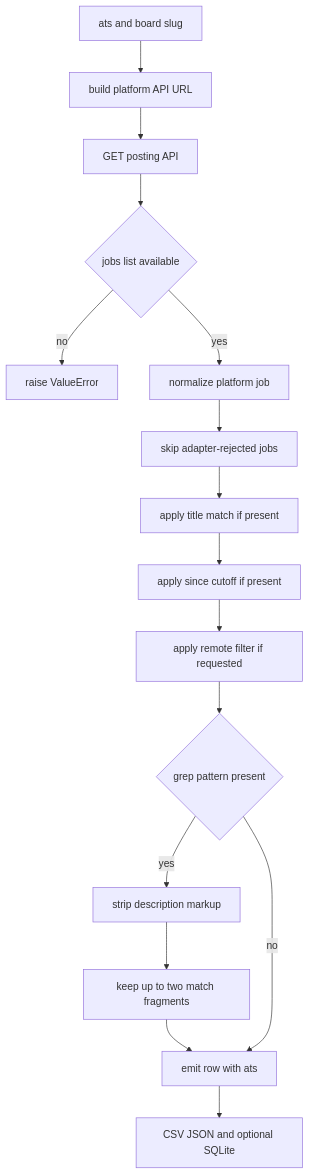
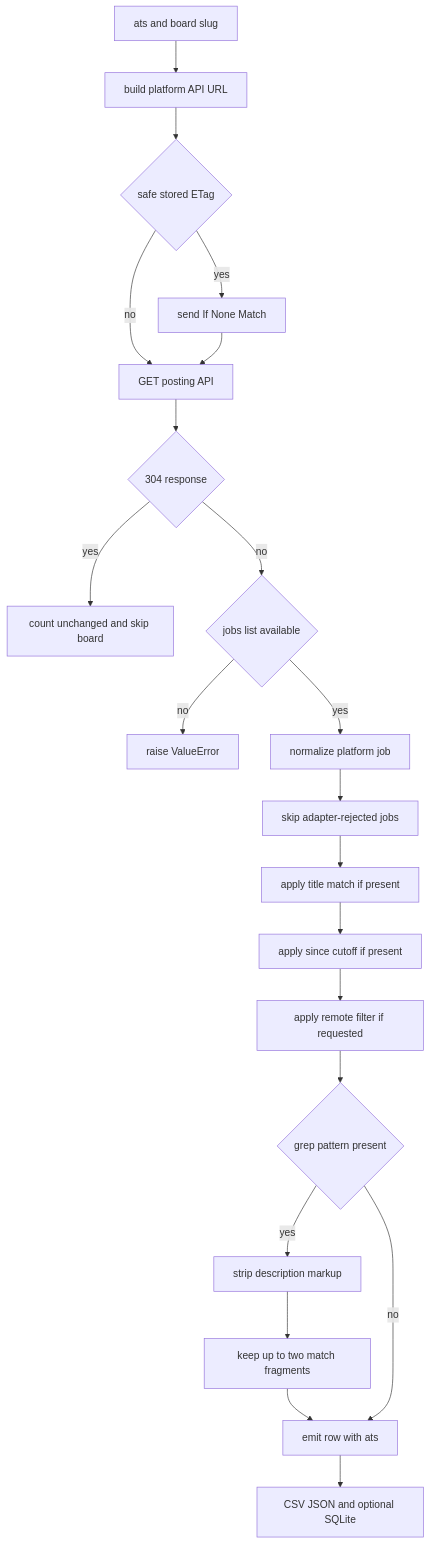
One commit to dlibis/job-boards changed the diagram in openwiki/workflows/job-scrape.md. Above: the diagram before and after it, drawn with Mermaid. The commit also changed other lines of this file and 7 other files, not shown here.

````diff
--- a/openwiki/workflows/job-scrape.md
+++ b/openwiki/workflows/job-scrape.md
@@ -30,18 +30,23 @@
 ```mermaid
 flowchart TD
     Board["ats and board slug"] --> URL["build platform API URL"]
-    URL --> Fetch["GET posting API"]
-    Fetch --> Shape{"jobs list available"}
+    URL --> Conditional{"safe stored ETag"}
+    Conditional -->|"yes"| Header["send If None Match"]
+    Conditional -->|"no"| Fetch["GET posting API"]
+    Header --> Fetch
+    Fetch --> Modified{"304 response"}
+    Modified -->|"yes"| Skip["count unchanged and skip board"]
+    Modified -->|"no"| Shape{"jobs list available"}
     Shape -->|"no"| Fail["raise ValueError"]
     Shape -->|"yes"| Adapter["normalize platform job"]
     Adapter --> Listed["skip adapter-rejected jobs"]
     Listed --> Title["apply title match if present"]
     Title --> Fresh["apply since cutoff if present"]
     Fresh --> Remote["apply remote filter if requested"]
     Remote --> Grep{"grep pattern present"}
     Grep -->|"yes"| Text["strip description markup"]
     Text --> Fragments["keep up to two match fragments"]
     Fragments --> Row["emit row with ats"]
     Grep -->|"no"| Row
     Row --> Outputs["CSV JSON and optional SQLite"]
 ```
````
